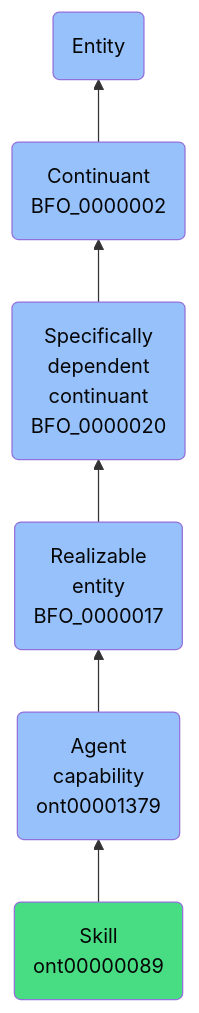
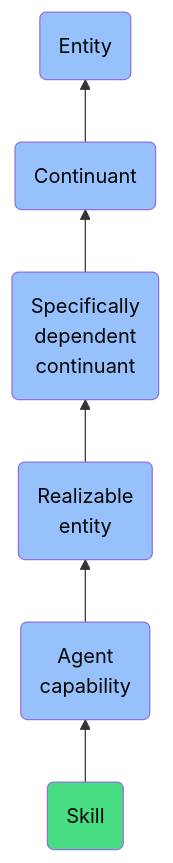
The diagram in docs/ontology/reference/model/Entity/Continuant/Specifically dependent continuant/Realizable entity/Agent capability/Skill/Skill.md (jupyter-naas/abi), drawn with Mermaid before and after one commit. The commit also changed other lines of this file and 1430 other files, not shown here.

````diff
--- a/docs/ontology/reference/model/Entity/Continuant/Specifically dependent continuant/Realizable entity/Agent capability/Skill/Skill.md
+++ b/docs/ontology/reference/model/Entity/Continuant/Specifically dependent continuant/Realizable entity/Agent capability/Skill/Skill.md
@@ -24,13 +24,13 @@
 ```mermaid
 graph BT
-    ont00000089(Skill<br>ont00000089):::ABI-->ont00001379
-    ont00001379(Agent<br>capability<br>ont00001379):::BFO-->BFO_0000017
-    BFO_0000017(Realizable<br>entity<br>BFO_0000017):::BFO-->BFO_0000020
-    BFO_0000020(Specifically<br>dependent<br>continuant<br>BFO_0000020):::BFO-->BFO_0000002
-    BFO_0000002(Continuant<br>BFO_0000002):::BFO-->BFO_0000001
+    ont00000089(Skill):::ABI-->ont00001379
+    ont00001379(Agent<br>capability):::BFO-->BFO_0000017
+    BFO_0000017(Realizable<br>entity):::BFO-->BFO_0000020
+    BFO_0000020(Specifically<br>dependent<br>continuant):::BFO-->BFO_0000002
+    BFO_0000002(Continuant):::BFO-->BFO_0000001
     BFO_0000001(Entity):::BFO
     
     classDef BFO fill:#97c1fb,color:#060606
     classDef CCO fill:#e4c51e,color:#060606
     classDef ABI fill:#48DD82,color:#060606
 ```
````
